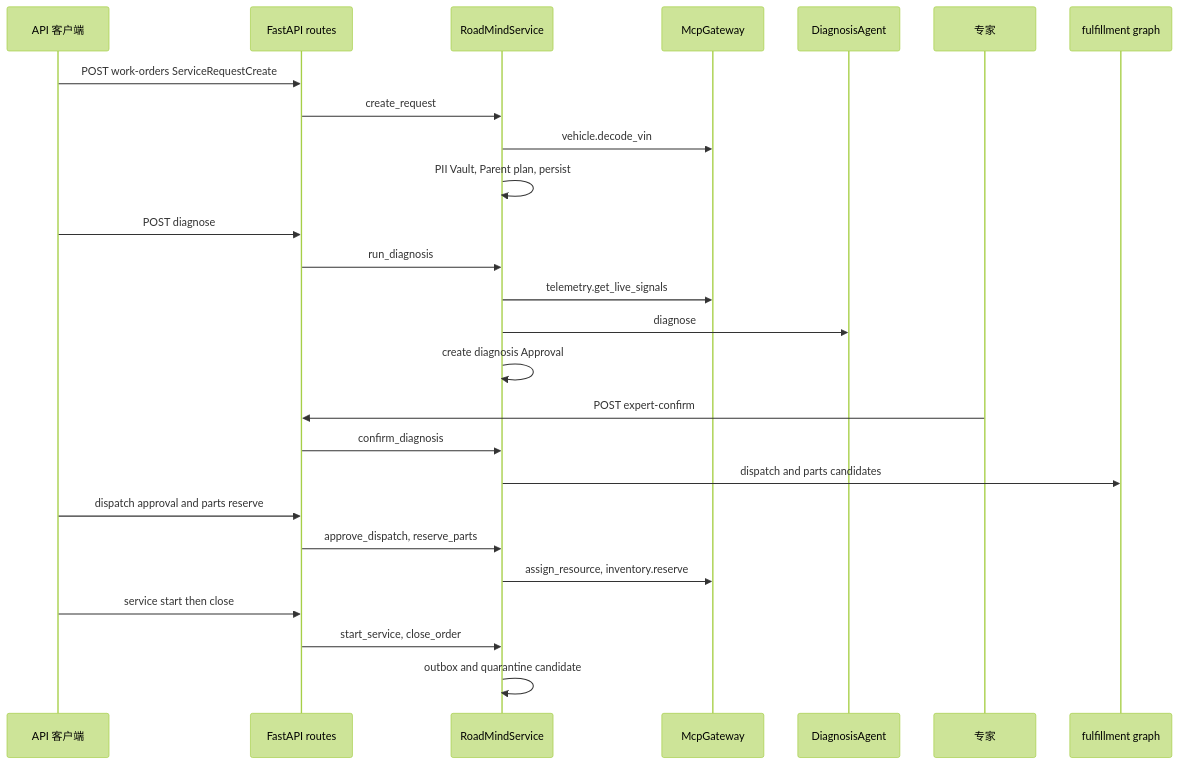
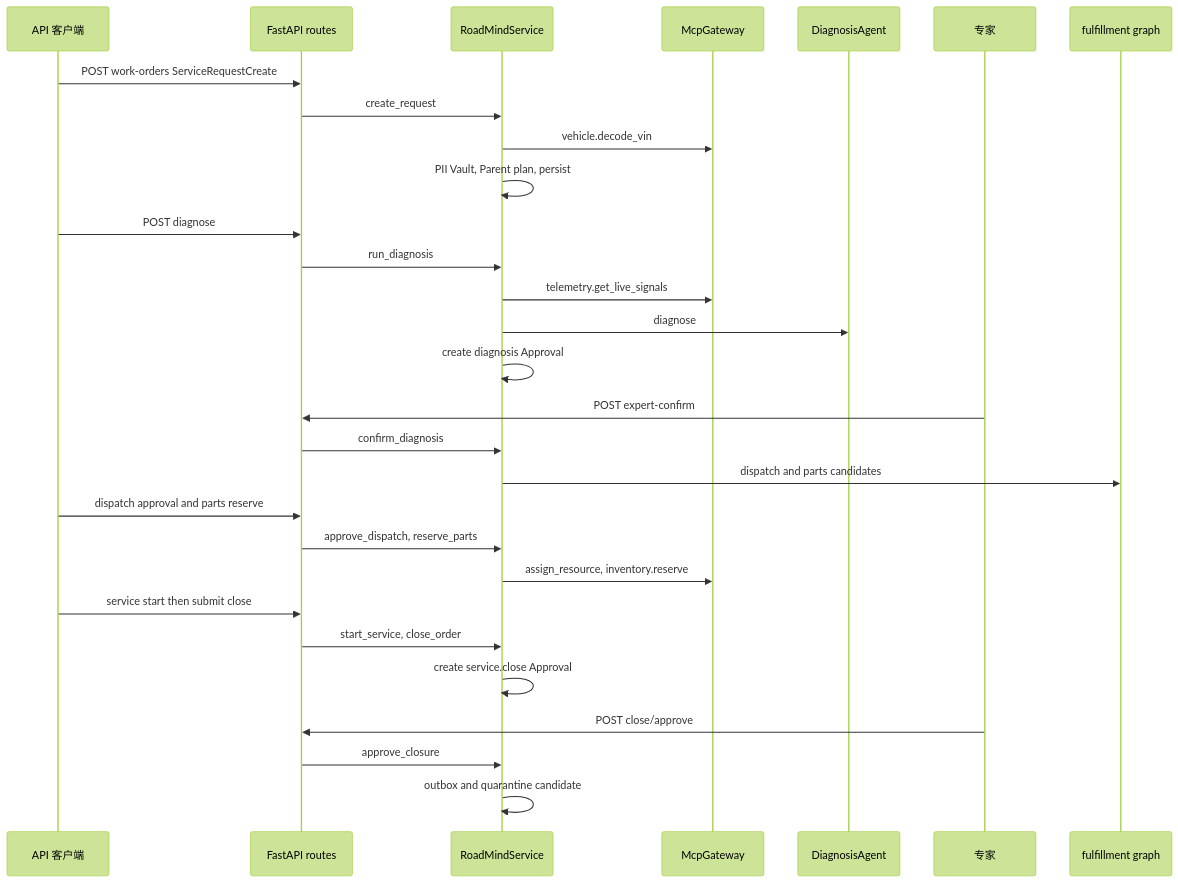
One commit to lw9335/AI-Car changed the diagram in openwiki/workflow/work-order-lifecycle.md. Above: the diagram before and after it, drawn with Mermaid (forest theme). The commit also changed other lines of this file and 19 other files, not shown here.

````diff
--- a/openwiki/workflow/work-order-lifecycle.md
+++ b/openwiki/workflow/work-order-lifecycle.md
@@ -12,28 +12,31 @@
 ```mermaid
 sequenceDiagram
   participant Client as API 客户端
   participant API as FastAPI routes
   participant Service as RoadMindService
   participant Gateway as McpGateway
   participant Diagnosis as DiagnosisAgent
   participant Expert as 专家
   participant Flow as fulfillment graph
   Client->>API: POST work-orders ServiceRequestCreate
   API->>Service: create_request
   Service->>Gateway: vehicle.decode_vin
   Service->>Service: PII Vault, Parent plan, persist
   Client->>API: POST diagnose
   API->>Service: run_diagnosis
   Service->>Gateway: telemetry.get_live_signals
   Service->>Diagnosis: diagnose
   Service->>Service: create diagnosis Approval
   Expert->>API: POST expert-confirm
   API->>Service: confirm_diagnosis
   Service->>Flow: dispatch and parts candidates
   Client->>API: dispatch approval and parts reserve
   API->>Service: approve_dispatch, reserve_parts
   Service->>Gateway: assign_resource, inventory.reserve
-  Client->>API: service start then close
+  Client->>API: service start then submit close
   API->>Service: start_service, close_order
+  Service->>Service: create service.close Approval
+  Expert->>API: POST close/approve
+  API->>Service: approve_closure
   Service->>Service: outbox and quarantine candidate
 ```
````
